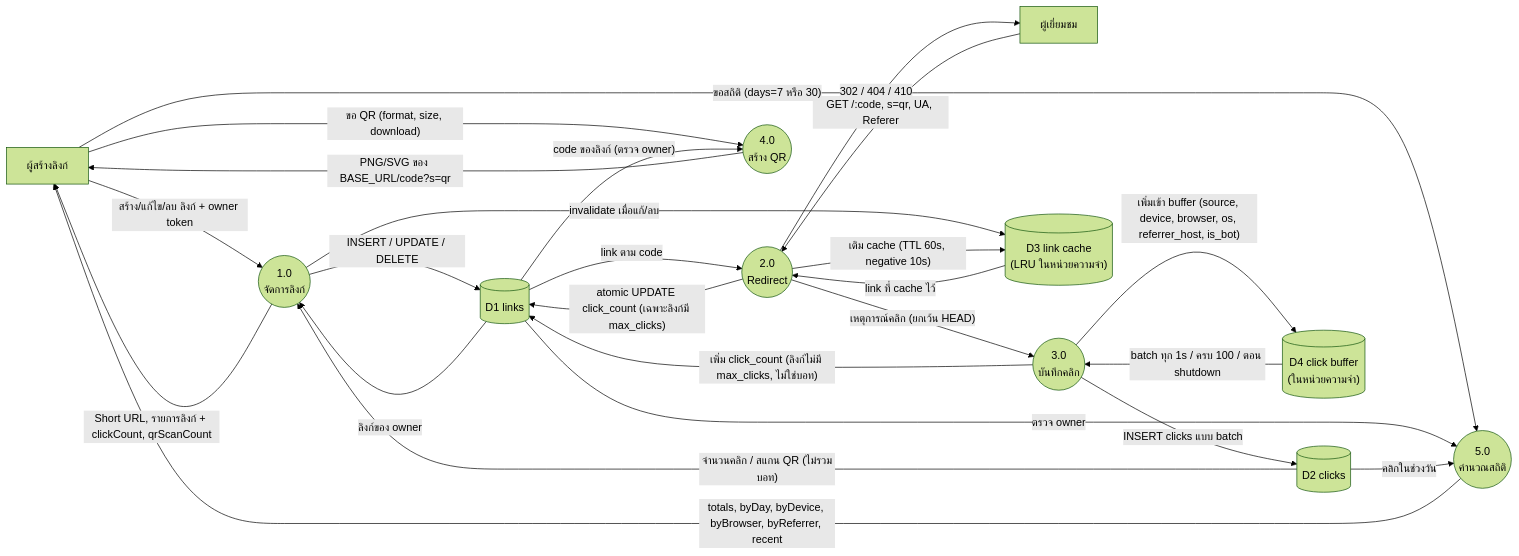
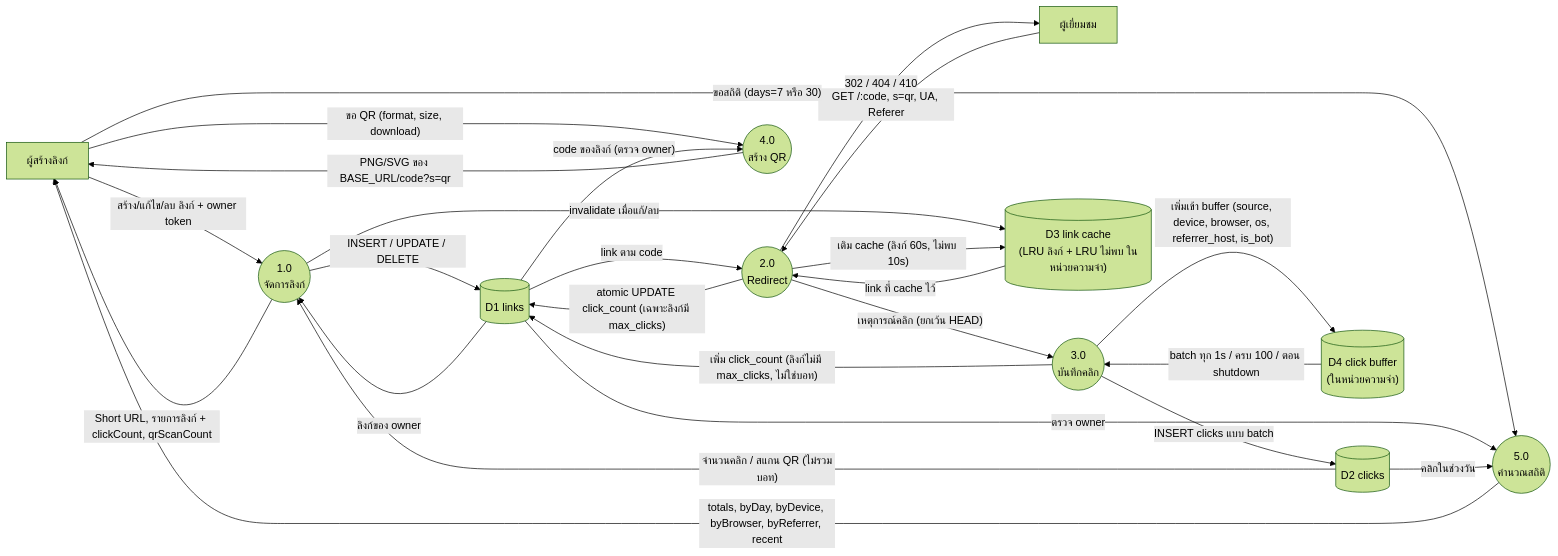
Before and after one commit to thirawat-khunsi/pulse-link: the second of 2 diagrams in docs/DFD.md, drawn with Mermaid (forest theme). The commit also changed other lines of this file and 9 other files, not shown here.

````diff
--- a/docs/DFD.md
+++ b/docs/DFD.md
@@ -31,50 +31,50 @@
 ```mermaid
 flowchart LR
     Creator["ผู้สร้างลิงก์"]
     Visitor["ผู้เยี่ยมชม"]
 
     P1(("1.0<br/>จัดการลิงก์"))
     P2(("2.0<br/>Redirect"))
     P3(("3.0<br/>บันทึกคลิก"))
     P4(("4.0<br/>สร้าง QR"))
     P5(("5.0<br/>คำนวณสถิติ"))
 
     D1[("D1 links")]
     D2[("D2 clicks")]
-    D3[("D3 link cache<br/>(LRU ในหน่วยความจำ)")]
+    D3[("D3 link cache<br/>(LRU ลิงก์ + LRU ไม่พบ ในหน่วยความจำ)")]
     D4[("D4 click buffer<br/>(ในหน่วยความจำ)")]
 
     %% 1.0 Manage links
     Creator -- "สร้าง/แก้ไข/ลบ ลิงก์ + owner token" --> P1
     P1 -- "Short URL, รายการลิงก์ + clickCount, qrScanCount" --> Creator
     P1 -- "INSERT / UPDATE / DELETE" --> D1
     D1 -- "ลิงก์ของ owner" --> P1
     D2 -- "จำนวนคลิก / สแกน QR (ไม่รวมบอท)" --> P1
     P1 -- "invalidate เมื่อแก้/ลบ" --> D3
 
     %% 2.0 Redirect
     Visitor -- "GET /:code, s=qr, UA, Referer" --> P2
     D3 -- "link ที่ cache ไว้" --> P2
-    P2 -- "เติม cache (TTL 60s, negative 10s)" --> D3
+    P2 -- "เติม cache (ลิงก์ 60s, ไม่พบ 10s)" --> D3
     D1 -- "link ตาม code" --> P2
     P2 -- "atomic UPDATE click_count (เฉพาะลิงก์มี max_clicks)" --> D1
     P2 -- "302 / 404 / 410" --> Visitor
     P2 -- "เหตุการณ์คลิก (ยกเว้น HEAD)" --> P3
 
     %% 3.0 Record clicks
     P3 -- "เพิ่มเข้า buffer (source, device, browser, os, referrer_host, is_bot)" --> D4
     D4 -- "batch ทุก 1s / ครบ 100 / ตอน shutdown" --> P3
     P3 -- "INSERT clicks แบบ batch" --> D2
     P3 -- "เพิ่ม click_count (ลิงก์ไม่มี max_clicks, ไม่ใช่บอท)" --> D1
 
     %% 4.0 QR
     Creator -- "ขอ QR (format, size, download)" --> P4
     D1 -- "code ของลิงก์ (ตรวจ owner)" --> P4
     P4 -- "PNG/SVG ของ BASE_URL/code?s=qr" --> Creator
 
     %% 5.0 Stats
     Creator -- "ขอสถิติ (days=7 หรือ 30)" --> P5
     D1 -- "ตรวจ owner" --> P5
     D2 -- "คลิกในช่วงวัน" --> P5
     P5 -- "totals, byDay, byDevice, byBrowser, byReferrer, recent" --> Creator
 ```
````
